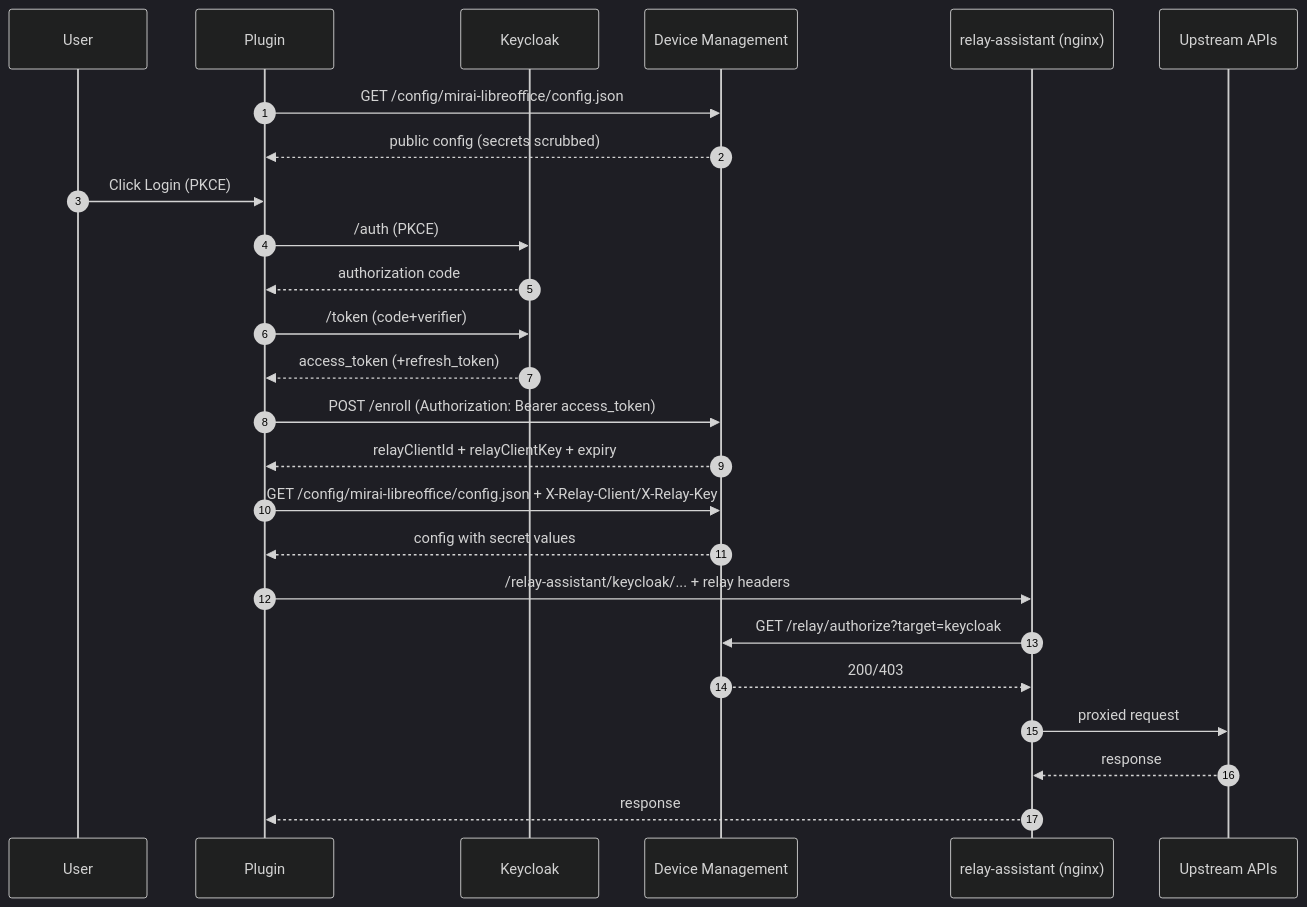
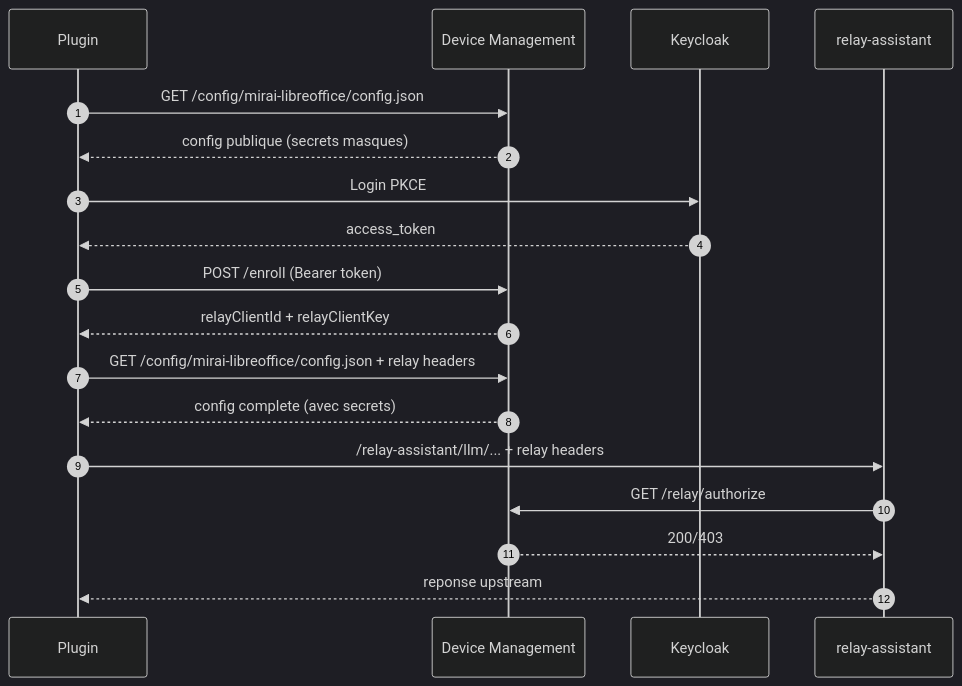
Before and after one commit to IA-Generative/device-management: the diagram in README.md, drawn with Mermaid (dark theme). The commit also changed other lines of this file and 2 other files, not shown here.

````diff
--- a/README.md
+++ b/README.md
@@ -181,32 +229,21 @@
 ```mermaid
 sequenceDiagram
   autonumber
-  participant U as User
   participant P as Plugin
+  participant DM as Device Management
   participant KC as Keycloak
-  participant DM as Device Management
-  participant R as relay-assistant (nginx)
-  participant API as Upstream APIs
+  participant R as relay-assistant
 
   P->>DM: GET /config/mirai-libreoffice/config.json
-  DM-->>P: public config (secrets scrubbed)
-
-  U->>P: Click Login (PKCE)
-  P->>KC: /auth (PKCE)
-  KC-->>P: authorization code
-  P->>KC: /token (code+verifier)
-  KC-->>P: access_token (+refresh_token)
-
-  P->>DM: POST /enroll (Authorization: Bearer access_token)
-  DM-->>P: relayClientId + relayClientKey + expiry
-
-  P->>DM: GET /config/mirai-libreoffice/config.json + X-Relay-Client/X-Relay-Key
-  DM-->>P: config with secret values
-
-  P->>R: /relay-assistant/keycloak/... + relay headers
-  R->>DM: GET /relay/authorize?target=keycloak
+  DM-->>P: config publique (secrets masques)
+  P->>KC: Login PKCE
+  KC-->>P: access_token
+  P->>DM: POST /enroll (Bearer token)
+  DM-->>P: relayClientId + relayClientKey
+  P->>DM: GET /config/mirai-libreoffice/config.json + relay headers
+  DM-->>P: config complete (avec secrets)
+  P->>R: /relay-assistant/llm/... + relay headers
+  R->>DM: GET /relay/authorize
   DM-->>R: 200/403
-  R->>API: proxied request
-  API-->>R: response
-  R-->>P: response
+  R-->>P: reponse upstream
 ```
````
